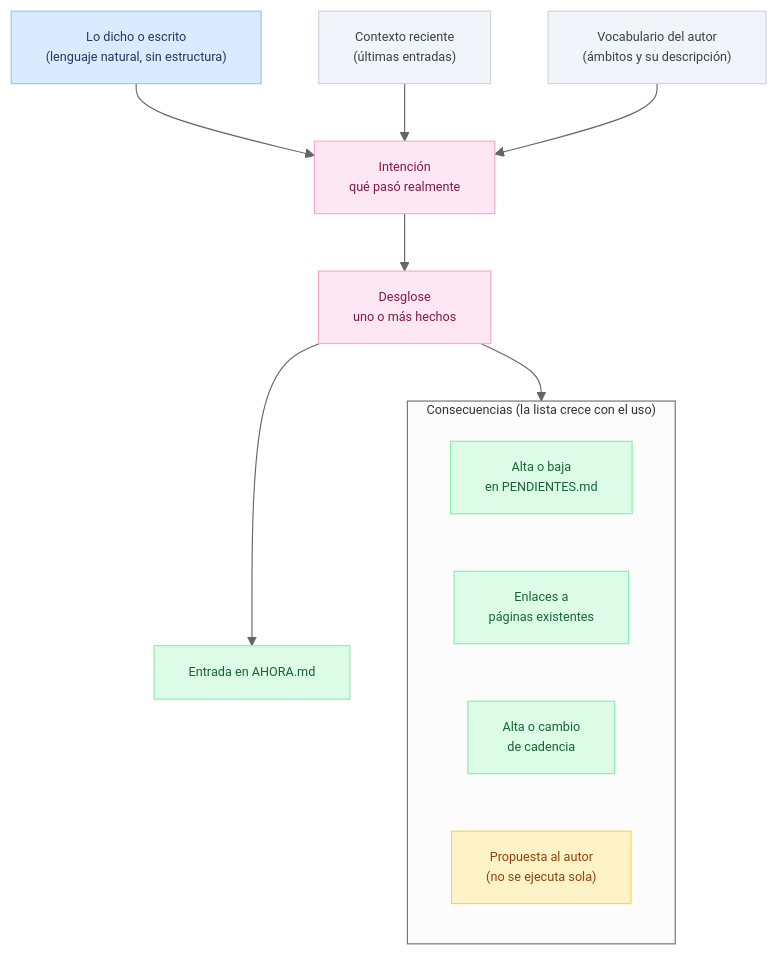
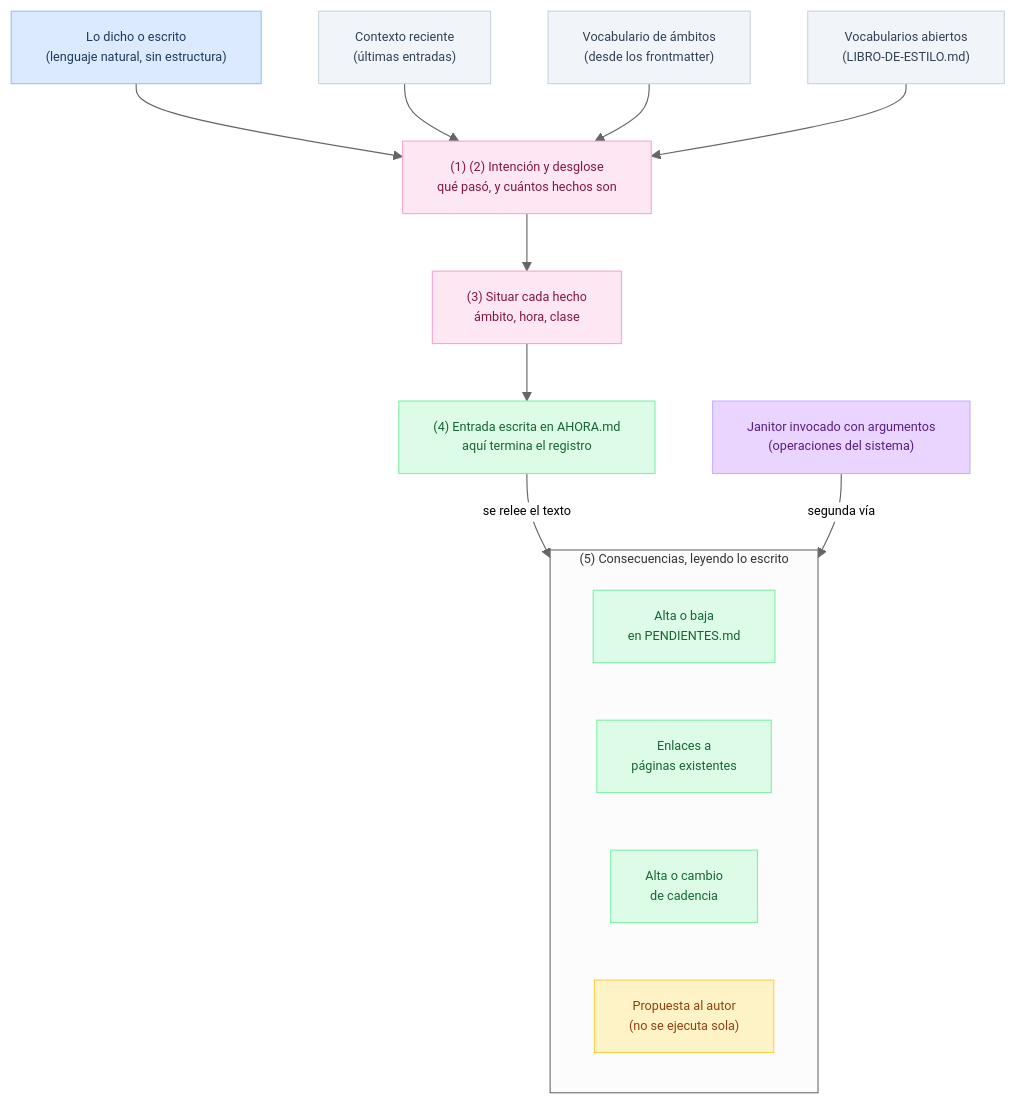
Before and after one commit to pewma-ai/tuku: the diagram in devel/que_implementar.md, drawn with Mermaid. The commit also changed other lines of this file, not shown here.

Commit message:
docs: update flow design and documentation for register-apply cycle in que_implementar.md

````diff
--- a/devel/que_implementar.md
+++ b/devel/que_implementar.md
@@ -520,36 +539,42 @@
 ```mermaid
 %%{init: {'flowchart': {'useMaxWidth': true}, 'theme': 'neutral', 'themeVariables': {'fontSize': '11px'}}}%%
 flowchart TD
     E["Lo dicho o escrito<br/>(lenguaje natural, sin estructura)"]
     CTX["Contexto reciente<br/>(últimas entradas)"]
-    VOC["Vocabulario del autor<br/>(ámbitos y su descripción)"]
-    I["Intención<br/>qué pasó realmente"]
-    D["Desglose<br/>uno o más hechos"]
-    ENT["Entrada en AHORA.md"]
+    VOC["Vocabulario de ámbitos<br/>(desde los frontmatter)"]
+    LE["Vocabularios abiertos<br/>(LIBRO-DE-ESTILO.md)"]
+    I["(1) (2) Intención y desglose<br/>qué pasó, y cuántos hechos son"]
+    S["(3) Situar cada hecho<br/>ámbito, hora, clase"]
+    ENT["(4) Entrada escrita en AHORA.md<br/>aquí termina el registro"]
+    J["Janitor invocado con argumentos<br/>(operaciones del sistema)"]
 
-    subgraph CONS["Consecuencias (la lista crece con el uso)"]
+    subgraph CONS["(5) Consecuencias, leyendo lo escrito"]
         direction LR
         K1["Alta o baja<br/>en PENDIENTES.md"]
         K2["Enlaces a<br/>páginas existentes"]
         K4["Alta o cambio<br/>de cadencia"]
         K3["Propuesta al autor<br/>(no se ejecuta sola)"]
     end
 
     E --> I
     CTX --> I
     VOC --> I
-    I --> D
-    D --> ENT
-    D --> CONS
+    LE --> I
+    I --> S
+    S --> ENT
+    ENT -->|"se relee el texto"| CONS
+    J -->|"segunda vía"| CONS
 
     style E fill:#dbeafe,color:#1e3a5f,stroke:#93c5fd
     style CTX fill:#f1f5f9,color:#334155,stroke:#cbd5e1
     style VOC fill:#f1f5f9,color:#334155,stroke:#cbd5e1
+    style LE fill:#f1f5f9,color:#334155,stroke:#cbd5e1
     style I fill:#fce7f3,color:#831843,stroke:#f9a8d4
-    style D fill:#fce7f3,color:#831843,stroke:#f9a8d4
+    style S fill:#fce7f3,color:#831843,stroke:#f9a8d4
     style ENT fill:#dcfce7,color:#166534,stroke:#86efac
+    style J fill:#e9d5ff,color:#581c87,stroke:#c4b5fd
     style K1 fill:#dcfce7,color:#166534,stroke:#86efac
     style K2 fill:#dcfce7,color:#166534,stroke:#86efac
     style K4 fill:#dcfce7,color:#166534,stroke:#86efac
     style K3 fill:#fef3c7,color:#92400e,stroke:#fcd34d
 ```
````
